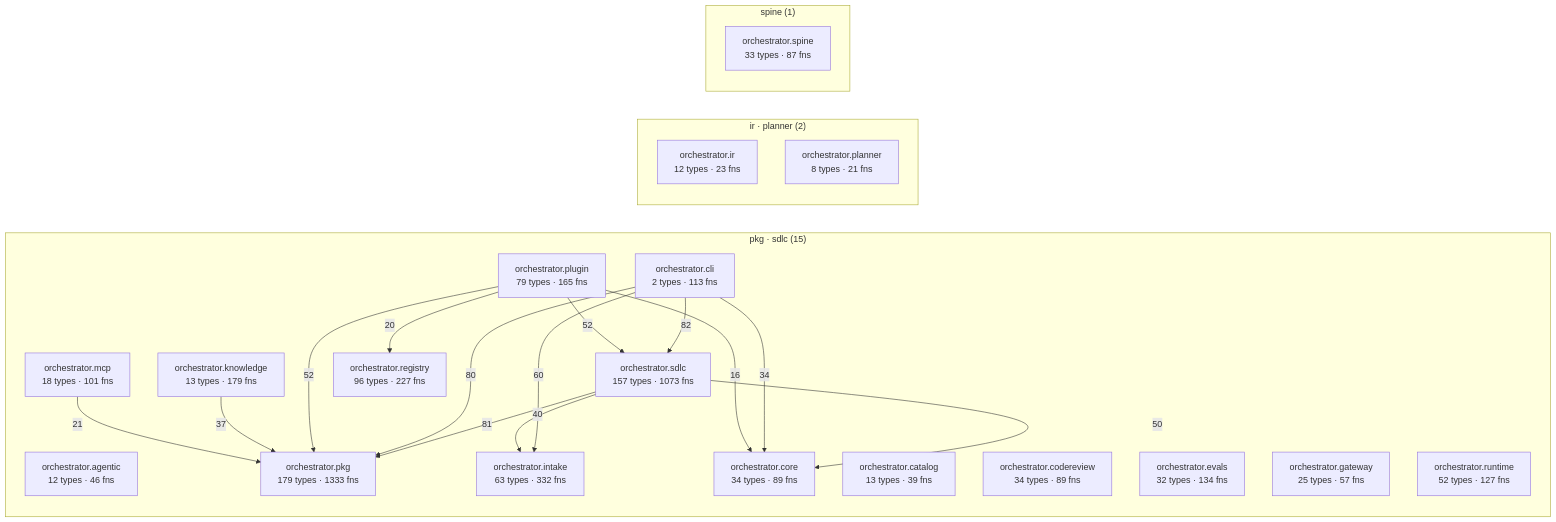
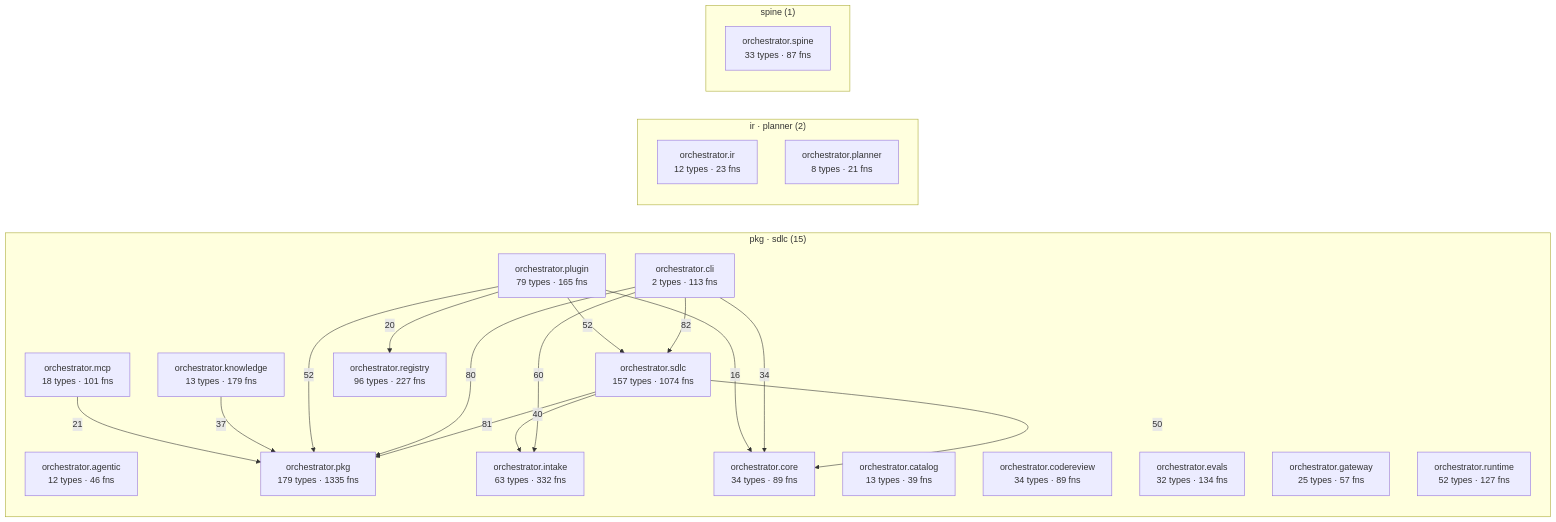
One commit to synaptixs/spine changed the diagram in episteme/architecture.md. Above: the diagram before and after it, drawn with Mermaid. The commit also changed other lines of this file and 12 other files, not shown here.

````diff
--- a/episteme/architecture.md
+++ b/episteme/architecture.md
@@ -56,40 +56,40 @@
 ```mermaid
 flowchart LR
   subgraph c_2["pkg · sdlc (15)"]
     aorchestratoragentic["orchestrator.agentic<br/>12 types · 46 fns"]
     aorchestratorcatalog["orchestrator.catalog<br/>13 types · 39 fns"]
     aorchestratorcli["orchestrator.cli<br/>2 types · 113 fns"]
     aorchestratorcodereview["orchestrator.codereview<br/>34 types · 89 fns"]
     aorchestratorcore["orchestrator.core<br/>34 types · 89 fns"]
     aorchestratorevals["orchestrator.evals<br/>32 types · 134 fns"]
     aorchestratorgateway["orchestrator.gateway<br/>25 types · 57 fns"]
     aorchestratorintake["orchestrator.intake<br/>63 types · 332 fns"]
     aorchestratorknowledge["orchestrator.knowledge<br/>13 types · 179 fns"]
     aorchestratormcp["orchestrator.mcp<br/>18 types · 101 fns"]
-    aorchestratorpkg["orchestrator.pkg<br/>179 types · 1333 fns"]
+    aorchestratorpkg["orchestrator.pkg<br/>179 types · 1335 fns"]
     aorchestratorplugin["orchestrator.plugin<br/>79 types · 165 fns"]
     aorchestratorregistry["orchestrator.registry<br/>96 types · 227 fns"]
     aorchestratorruntime["orchestrator.runtime<br/>52 types · 127 fns"]
-    aorchestratorsdlc["orchestrator.sdlc<br/>157 types · 1073 fns"]
+    aorchestratorsdlc["orchestrator.sdlc<br/>157 types · 1074 fns"]
   end
   subgraph c_5["ir · planner (2)"]
     aorchestratorir["orchestrator.ir<br/>12 types · 23 fns"]
     aorchestratorplanner["orchestrator.planner<br/>8 types · 21 fns"]
   end
   subgraph c_10["spine (1)"]
     aorchestratorspine["orchestrator.spine<br/>33 types · 87 fns"]
   end
   aorchestratorcli -->|82| aorchestratorsdlc
   aorchestratorsdlc -->|81| aorchestratorpkg
   aorchestratorcli -->|80| aorchestratorpkg
   aorchestratorcli -->|60| aorchestratorintake
   aorchestratorplugin -->|52| aorchestratorpkg
   aorchestratorplugin -->|52| aorchestratorsdlc
   aorchestratorsdlc -->|50| aorchestratorcore
   aorchestratorsdlc -->|40| aorchestratorintake
   aorchestratorknowledge -->|37| aorchestratorpkg
   aorchestratorcli -->|34| aorchestratorcore
   aorchestratormcp -->|21| aorchestratorpkg
   aorchestratorplugin -->|20| aorchestratorregistry
   aorchestratorplugin -->|16| aorchestratorcore
 ```
````
